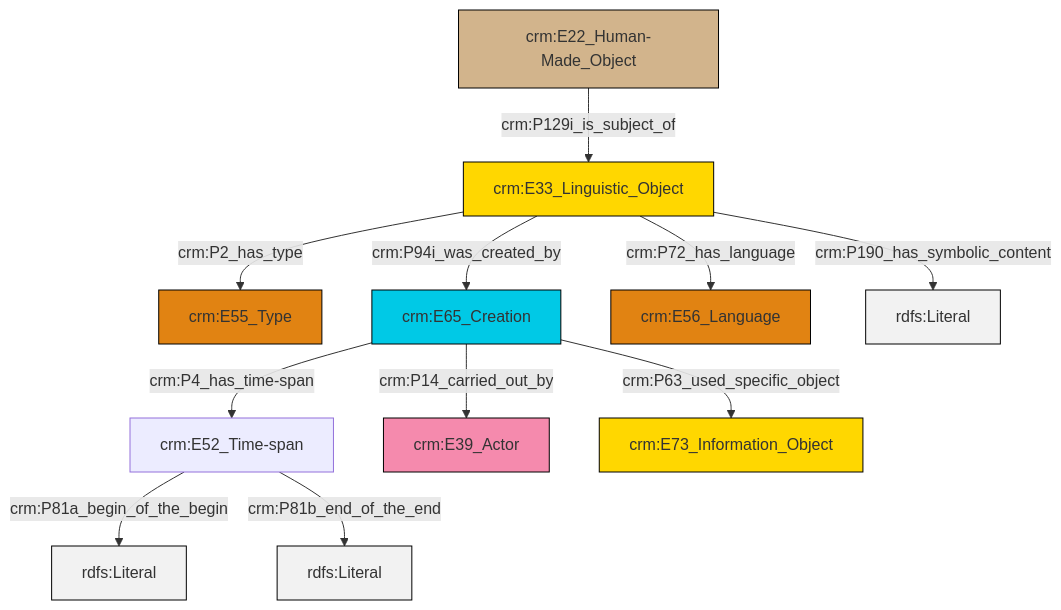
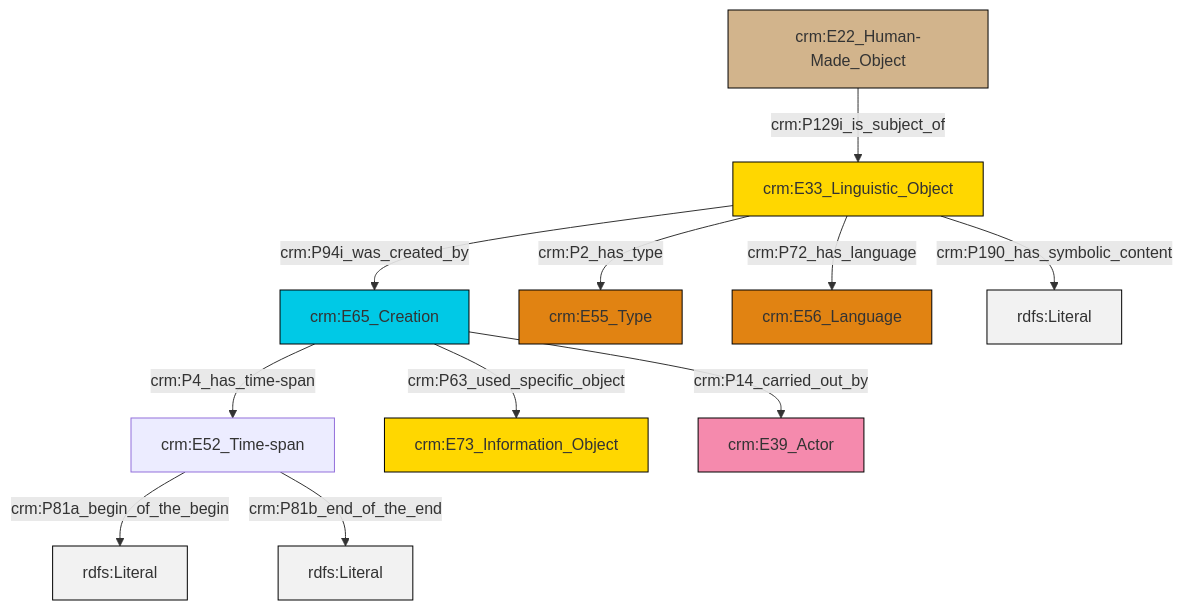
Before and after one commit to swiss-art-research-net/docs.swissartresearch: the diagram in et/carrierCSV/ttl/mmd/carrier_description.ttl.mmd, drawn with Mermaid. The commit also changed 174 other files, not shown here.

```diff
--- a/et/carrierCSV/ttl/mmd/carrier_description.ttl.mmd
+++ b/et/carrierCSV/ttl/mmd/carrier_description.ttl.mmd
@@ -1,25 +1,25 @@
 graph TD
 classDef Literal fill:#f2f2f2,stroke:#000000;
 classDef CRM_Entity fill:#FFFFFF,stroke:#000000;
 classDef Temporal_Entity fill:#00C9E6, stroke:#000000;
 classDef Type fill:#E18312, stroke:#000000;
 classDef Time-Span fill:#2C9C91, stroke:#000000;
 classDef Appellation fill:#FFEB7F, stroke:#000000;
 classDef Place fill:#008836, stroke:#000000;
 classDef Persistent_Item fill:#B266B2, stroke:#000000;
 classDef Conceptual_Object fill:#FFD700, stroke:#000000;
 classDef Physical_Thing fill:#D2B48C, stroke:#000000;
 classDef Actor fill:#f58aad, stroke:#000000;
 classDef PC_Classes fill:#4ce600, stroke:#000000;
 classDef Multi fill:#cccccc,stroke:#000000;
 
-6["crm:E52_Time-span"]:::Default -->|crm:P81a_begin_of_the_begin| 7[rdfs:Literal]:::Literal
-8["crm:E65_Creation"]:::Temporal_Entity -->|crm:P14_carried_out_by| 10["crm:E39_Actor"]:::Actor
-6["crm:E52_Time-span"]:::Default -->|crm:P81b_end_of_the_end| 12[rdfs:Literal]:::Literal
-0["crm:E33_Linguistic_Object"]:::Conceptual_Object -->|crm:P190_has_symbolic_content| 15[rdfs:Literal]:::Literal
-0["crm:E33_Linguistic_Object"]:::Conceptual_Object -->|crm:P72_has_language| 13["crm:E56_Language"]:::Type
-0["crm:E33_Linguistic_Object"]:::Conceptual_Object -->|crm:P94i_was_created_by| 8["crm:E65_Creation"]:::Temporal_Entity
-8["crm:E65_Creation"]:::Temporal_Entity -->|crm:P4_has_time-span| 6["crm:E52_Time-span"]:::Default
-4["crm:E22_Human-Made_Object"]:::Physical_Thing -->|crm:P129i_is_subject_of| 0["crm:E33_Linguistic_Object"]:::Conceptual_Object
-0["crm:E33_Linguistic_Object"]:::Conceptual_Object -->|crm:P2_has_type| 2["crm:E55_Type"]:::Type
-8["crm:E65_Creation"]:::Temporal_Entity -->|crm:P63_used_specific_object| 17["crm:E73_Information_Object"]:::Conceptual_Object
+0["crm:E22_Human-Made_Object"]:::Physical_Thing -->|crm:P129i_is_subject_of| 1["crm:E33_Linguistic_Object"]:::Conceptual_Object
+2["crm:E52_Time-span"]:::Default -->|crm:P81a_begin_of_the_begin| 3[rdfs:Literal]:::Literal
+1["crm:E33_Linguistic_Object"]:::Conceptual_Object -->|crm:P94i_was_created_by| 4["crm:E65_Creation"]:::Temporal_Entity
+4["crm:E65_Creation"]:::Temporal_Entity -->|crm:P4_has_time-span| 2["crm:E52_Time-span"]:::Default
+4["crm:E65_Creation"]:::Temporal_Entity -->|crm:P63_used_specific_object| 6["crm:E73_Information_Object"]:::Conceptual_Object
+1["crm:E33_Linguistic_Object"]:::Conceptual_Object -->|crm:P2_has_type| 8["crm:E55_Type"]:::Type
+1["crm:E33_Linguistic_Object"]:::Conceptual_Object -->|crm:P72_has_language| 10["crm:E56_Language"]:::Type
+1["crm:E33_Linguistic_Object"]:::Conceptual_Object -->|crm:P190_has_symbolic_content| 11[rdfs:Literal]:::Literal
+4["crm:E65_Creation"]:::Temporal_Entity -->|crm:P14_carried_out_by| 14["crm:E39_Actor"]:::Actor
+2["crm:E52_Time-span"]:::Default -->|crm:P81b_end_of_the_end| 17[rdfs:Literal]:::Literal
```
